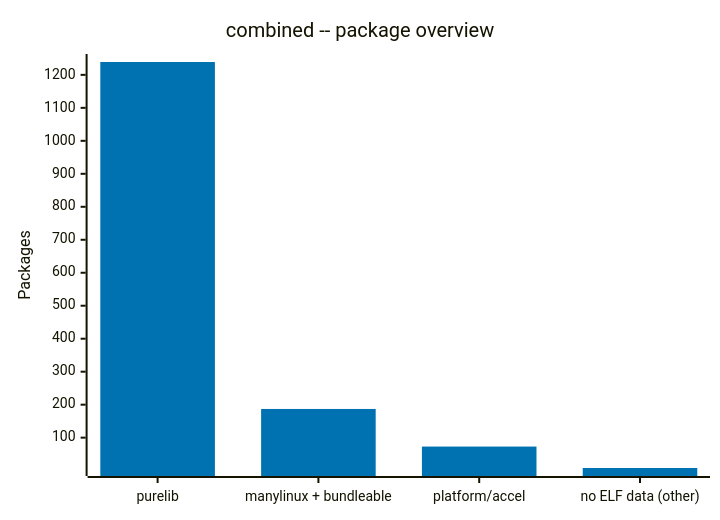
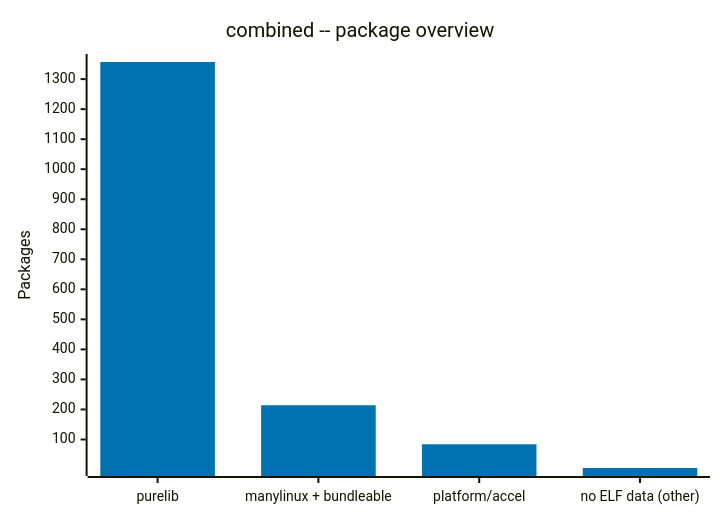
Before and after one commit to tiran/sdist-analyzer-results: the diagram in data/rhoai-3.6/elf-analysis.md, drawn with Mermaid. The commit also changed other lines of this file and 27529 other files, not shown here.

````diff
--- a/data/rhoai-3.6/elf-analysis.md
+++ b/data/rhoai-3.6/elf-analysis.md
@@ -25,8 +25,8 @@
 ```mermaid
 %%{init: {"theme": "base", "themeVariables": {"xyChart": {"plotColorPalette": "#0072B2, #009E73, #D55E00, #999999"}}}}%%
 xychart-beta
     title "combined -- package overview"
     x-axis ["purelib", "manylinux + bundleable", "platform/accel", "no ELF data (other)"]
     y-axis "Packages"
-    bar [1239, 187, 73, 8]
+    bar [1357, 214, 84, 5]
 ```
````
